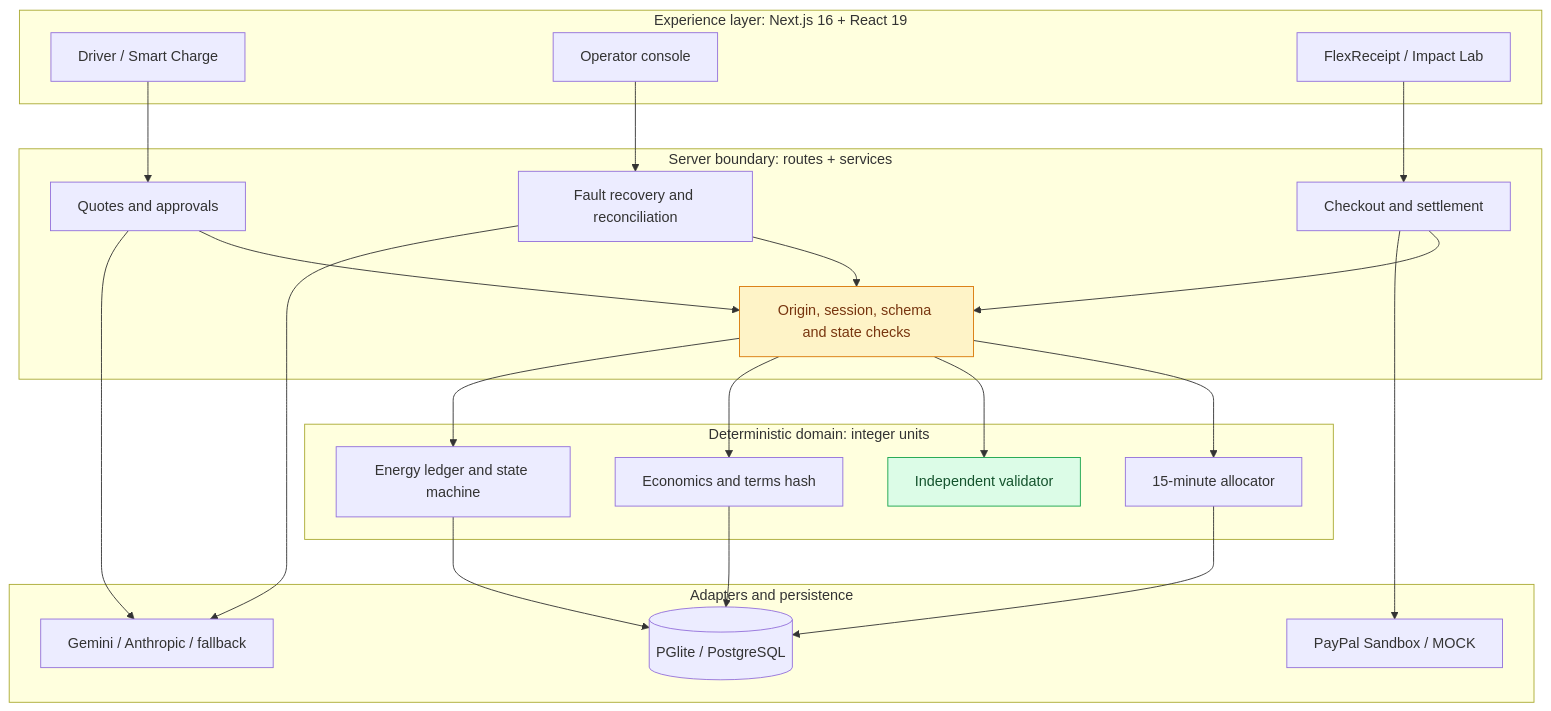
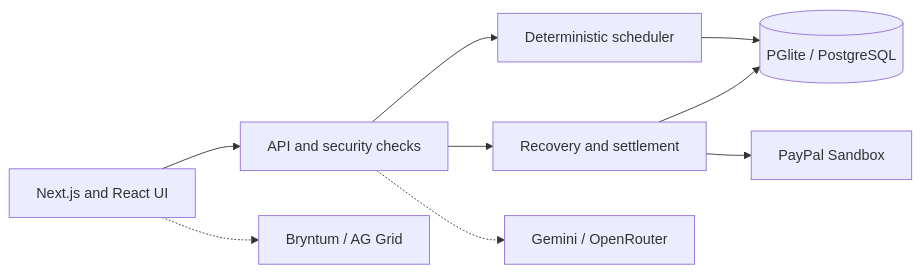
The fifth of 5 diagrams in README.md (piyusha-sayal/gridwindow-flexpay), drawn with Mermaid before and after one commit. The commit also changed other lines of this file, not shown here.

````diff
--- a/README.md
+++ b/README.md
@@ -423,43 +313,11 @@
 ```mermaid
-flowchart TB
-    subgraph UI[Experience layer: Next.js 16 + React 19]
-      Driver[Driver / Smart Charge]
-      Operator[Operator console]
-      Receipt[FlexReceipt / Impact Lab]
-    end
-    subgraph API[Server boundary: routes + services]
-      Quote[Quotes and approvals]
-      Checkout[Checkout and settlement]
-      Recovery[Fault recovery and reconciliation]
-      Guard[Origin, session, schema and state checks]
-    end
-    subgraph CORE[Deterministic domain: integer units]
-      Alloc[15-minute allocator]
-      Validate[Independent validator]
-      Terms[Economics and terms hash]
-      Ledger[Energy ledger and state machine]
-    end
-    subgraph INFRA[Adapters and persistence]
-      Pg[(PGlite / PostgreSQL)]
-      Pay[PayPal Sandbox / MOCK]
-      Model[Gemini / Anthropic / fallback]
-    end
-    Driver --> Quote
-    Operator --> Recovery
-    Receipt --> Checkout
-    Quote --> Guard
-    Checkout --> Guard
-    Recovery --> Guard
-    Guard --> Alloc
-    Guard --> Validate
-    Guard --> Terms
-    Guard --> Ledger
-    Alloc --> Pg
-    Terms --> Pg
-    Ledger --> Pg
-    Checkout --> Pay
-    Recovery --> Model
-    Quote --> Model
-    style Guard fill:#FEF3C7,stroke:#D97706,color:#78350F
-    style Validate fill:#DCFCE7,stroke:#16A34A,color:#14532D
+flowchart LR
+  A[Next.js and React UI] --> B[API and security checks]
+  B --> C[Deterministic scheduler]
+  B --> D[Recovery and settlement]
+  C --> E[(PGlite / PostgreSQL)]
+  D --> E
+  D --> F[PayPal Sandbox]
+  B -.-> G[Gemini / OpenRouter]
+  A -.-> H[Bryntum / AG Grid]
 ```
````
